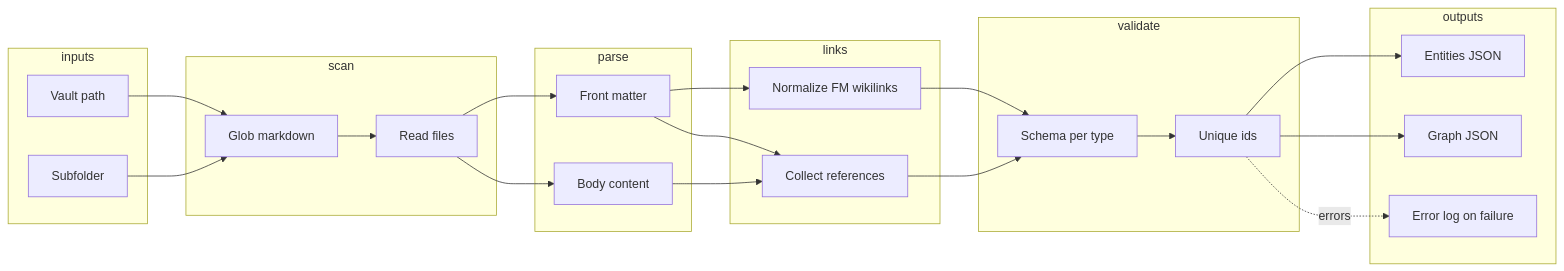
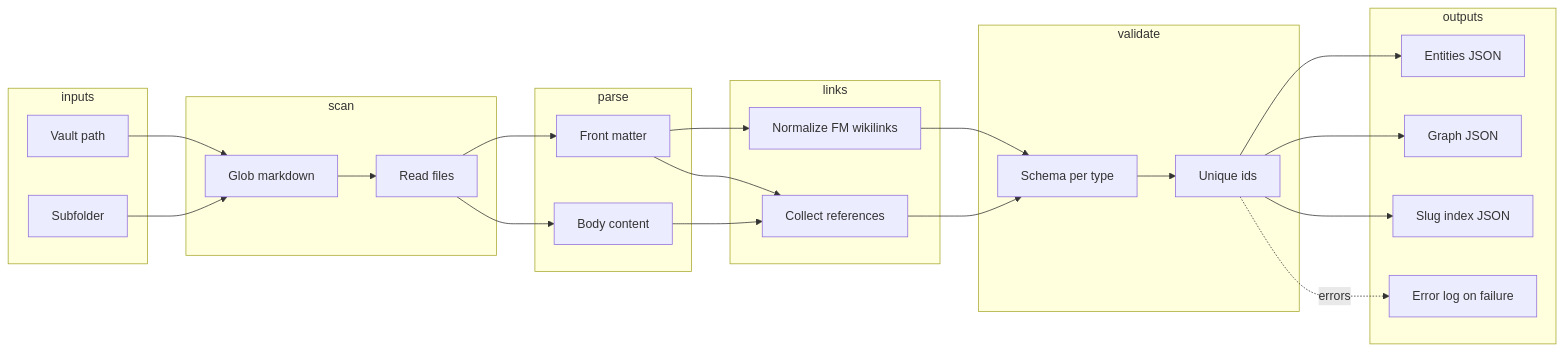
Before and after one commit to QuentinLemasson/galipette-app: the diagram in packages/content-builder/README.md, drawn with Mermaid. The commit also changed other lines of this file and 19 other files, not shown here.

````diff
--- a/packages/content-builder/README.md
+++ b/packages/content-builder/README.md
@@ -13,42 +13,44 @@
 ```mermaid
 flowchart LR
   subgraph inputs
     V[Vault path]
     S[Subfolder]
   end
   subgraph scan
     G[Glob markdown]
     R[Read files]
   end
   subgraph parse
     FM[Front matter]
     MD[Body content]
   end
   subgraph links
     REF[Collect references]
     NORM[Normalize FM wikilinks]
   end
   subgraph validate
     Z[Schema per type]
     DUP[Unique ids]
   end
   subgraph outputs
     E[Entities JSON]
     GR[Graph JSON]
+    SI[Slug index JSON]
     LOG[Error log on failure]
   end
   V --> G
   S --> G
   G --> R
   R --> FM
   R --> MD
   FM --> REF
   MD --> REF
   FM --> NORM
   NORM --> Z
   REF --> Z
   Z --> DUP
   DUP --> E
   DUP --> GR
+  DUP --> SI
   DUP -.->|errors| LOG
 ```
````
